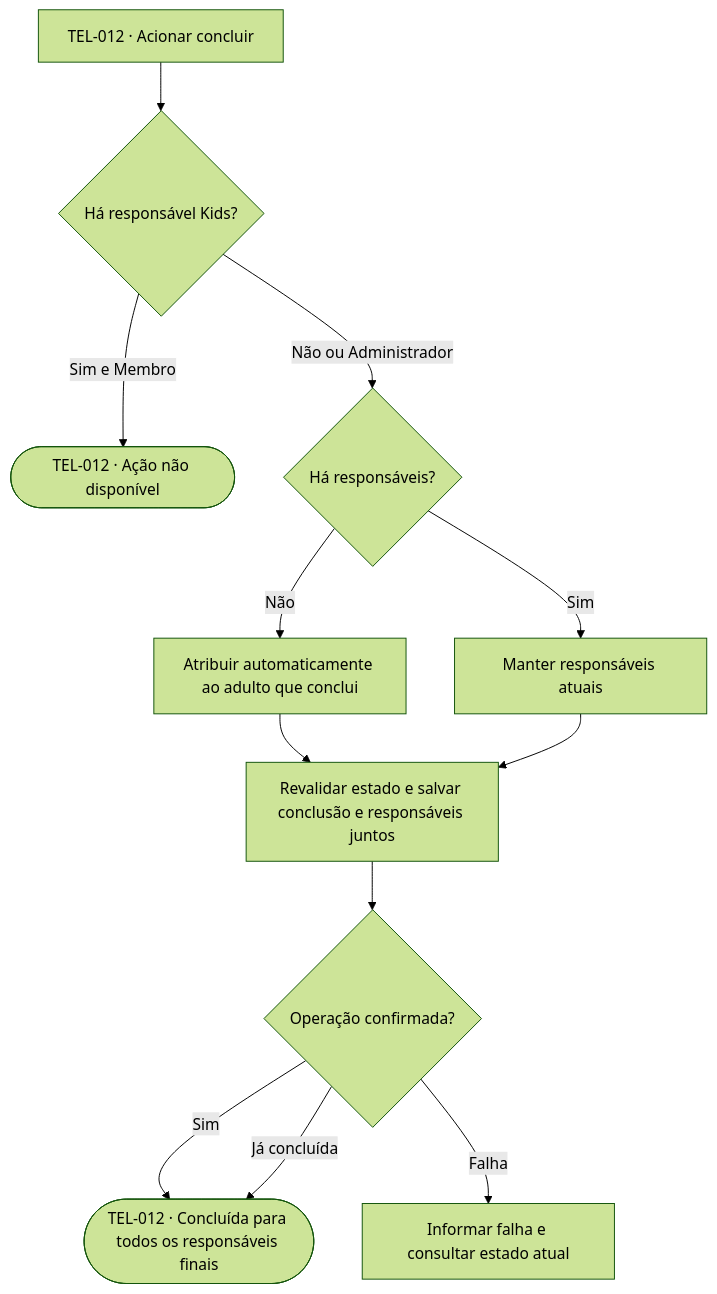
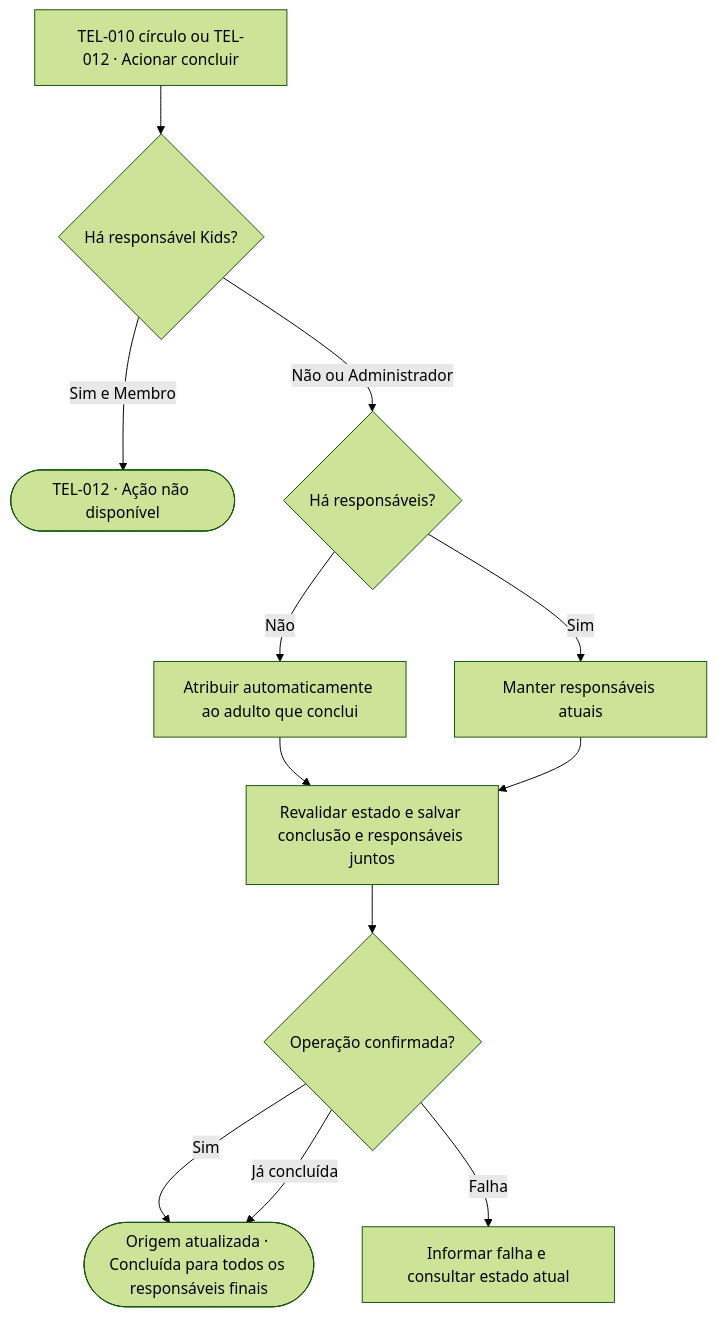
The sixth of 16 diagrams in docs/design/user-flows.md (lizandramalta/App-Rotina-Familiar), drawn with Mermaid (forest theme) before and after one commit. The commit also changed other lines of this file and 26 other files, not shown here.

````diff
--- a/docs/design/user-flows.md
+++ b/docs/design/user-flows.md
@@ -251,14 +251,14 @@
 ```mermaid
 flowchart TD
-    A["TEL-012 · Acionar concluir"] --> AK{"Há responsável Kids?"}
+    A["TEL-010 círculo ou TEL-012 · Acionar concluir"] --> AK{"Há responsável Kids?"}
     AK -->|Sim e Membro| J(["TEL-012 · Ação não disponível"])
     AK -->|Não ou Administrador| B{"Há responsáveis?"}
     B -->|Não| C["Atribuir automaticamente ao adulto que conclui"]
     B -->|Sim| D["Manter responsáveis atuais"]
     C --> K["Revalidar estado e salvar conclusão e responsáveis juntos"]
     D --> K
     K --> L{"Operação confirmada?"}
-    L -->|Sim| M(["TEL-012 · Concluída para todos os responsáveis finais"])
+    L -->|Sim| M(["Origem atualizada · Concluída para todos os responsáveis finais"])
     L -->|Já concluída| M
     L -->|Falha| N["Informar falha e consultar estado atual"]
 ```
````
